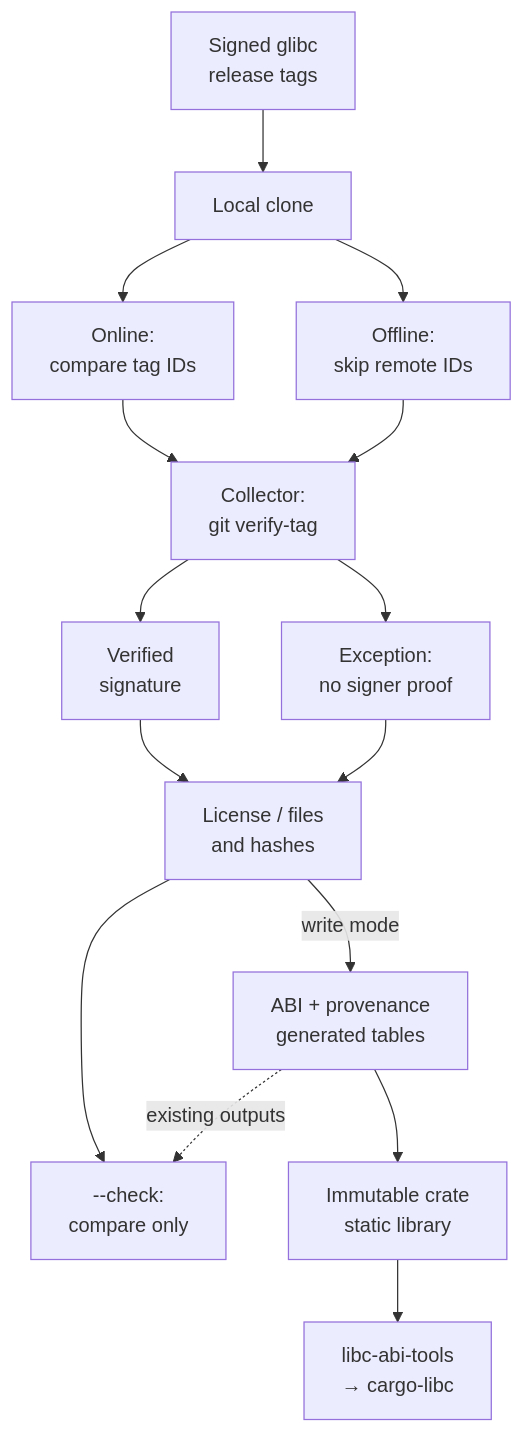
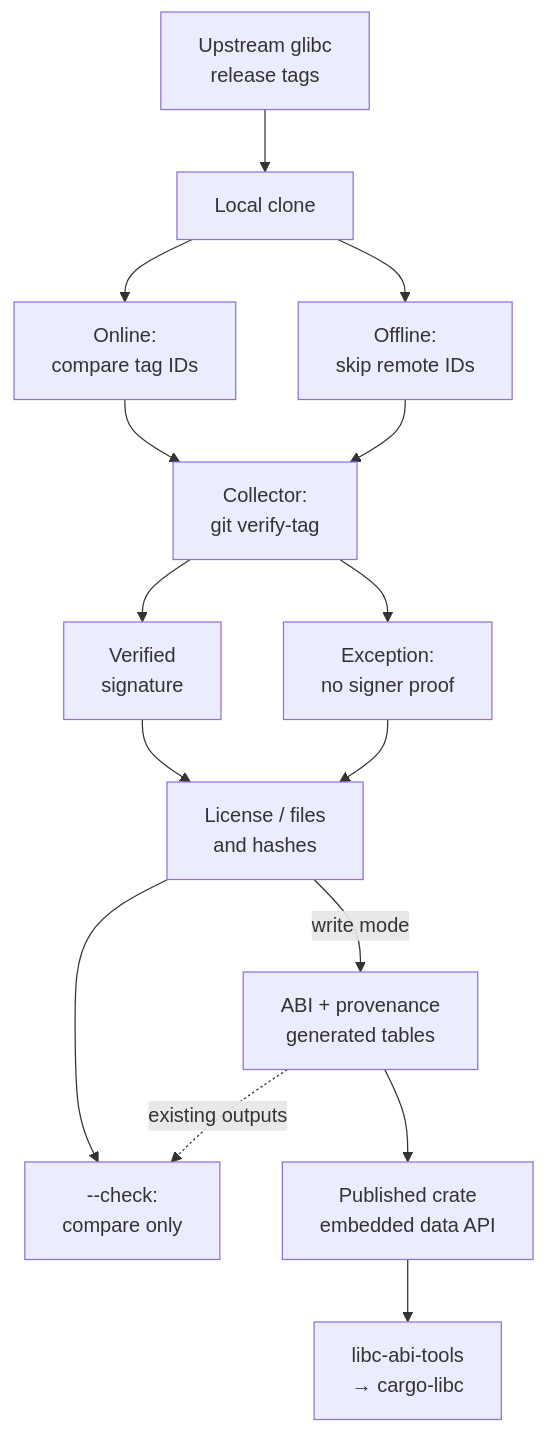
One commit to rustcommons/glibc-abilists changed the diagram in docs/COLLECTING.md. Above: the diagram before and after it, drawn with Mermaid.

Commit message:
docs: clarify upstream tag and embedded library labels

````diff
--- a/docs/COLLECTING.md
+++ b/docs/COLLECTING.md
@@ -38,17 +38,17 @@
 ```mermaid
 flowchart TD
-    U["Signed glibc<br/>release tags"] --> L["Local clone"]
+    U["Upstream glibc<br/>release tags"] --> L["Local clone"]
     L --> O["Online:<br/>compare tag IDs"]
     L --> F["Offline:<br/>skip remote IDs"]
     O --> S["Collector:<br/>git verify-tag"]
     F --> S
     S --> V["Verified<br/>signature"]
     S --> E["Exception:<br/>no signer proof"]
     V --> C["License / files<br/>and hashes"]
     E --> C
     C --> Q["--check:<br/>compare only"]
     C -->|write mode| D["ABI + provenance<br/>generated tables"]
     D -.->|existing outputs| Q
-    D --> B["Immutable crate<br/>static library"]
+    D --> B["Published crate<br/>embedded data API"]
     B --> T["libc-abi-tools<br/>→ cargo-libc"]
 ```
````
